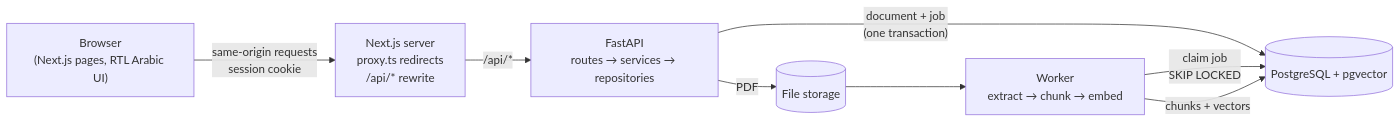
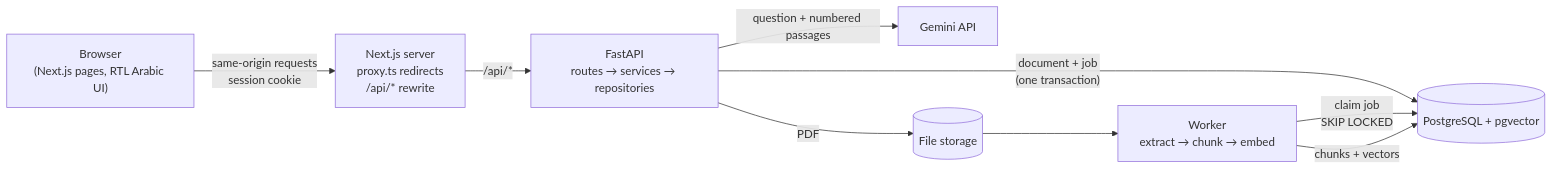
The diagram in README.md (Jana-9/daleel), drawn with Mermaid before and after one commit. The commit also changed other lines of this file and 3 other files, not shown here.

````diff
--- a/README.md
+++ b/README.md
@@ -33,17 +43,19 @@
 ```mermaid
 flowchart LR
     Browser["Browser<br/>(Next.js pages, RTL Arabic UI)"]
     Next["Next.js server<br/>proxy.ts redirects<br/>/api/* rewrite"]
     API["FastAPI<br/>routes → services → repositories"]
     Worker["Worker<br/>extract → chunk → embed"]
+    LLM["Gemini API"]
     DB[("PostgreSQL + pgvector")]
     Files[("File storage")]
 
     Browser -- "same-origin requests<br/>session cookie" --> Next
     Next -- "/api/*" --> API
     API -- "document + job<br/>(one transaction)" --> DB
     API -- "PDF" --> Files
     Worker -- "claim job<br/>SKIP LOCKED" --> DB
     Files --> Worker
     Worker -- "chunks + vectors" --> DB
+    API -- "question + numbered passages" --> LLM
 ```
````
